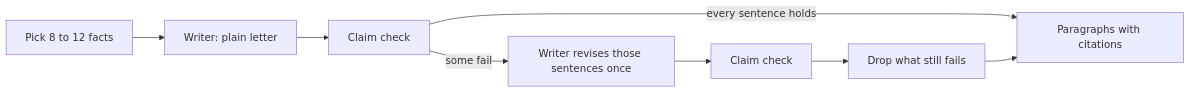
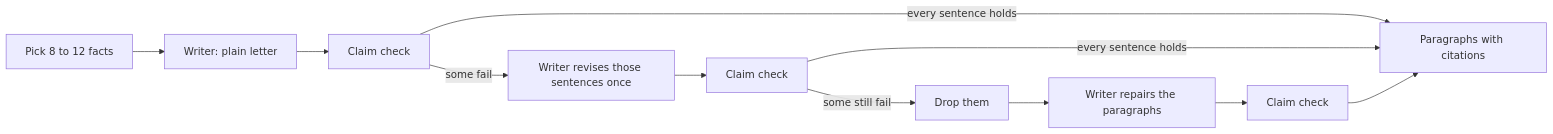
One commit to akoita/draft-loop changed the second of 3 diagrams in docs/reference/application-material.md. Above: the diagram before and after it, drawn with Mermaid. The commit also changed other lines of this file and 7 other files, not shown here.

First line of the commit message:
Repair a free-form cover letter after a dropped sentence and keep sentences about the role (#2639) (#2643)

````diff
--- a/docs/reference/application-material.md
+++ b/docs/reference/application-material.md
@@ -137,10 +137,13 @@
 ```mermaid
 flowchart LR
   pick[Pick 8 to 12 facts] --> write[Writer: plain letter]
   write --> check[Claim check]
   check -- every sentence holds --> keep[Paragraphs with citations]
   check -- some fail --> revise[Writer revises those sentences once]
   revise --> check2[Claim check]
-  check2 --> drop[Drop what still fails]
-  drop --> keep
+  check2 -- every sentence holds --> keep
+  check2 -- some still fail --> drop[Drop them]
+  drop --> repair[Writer repairs the paragraphs]
+  repair --> check3[Claim check]
+  check3 --> keep
 ```
````
